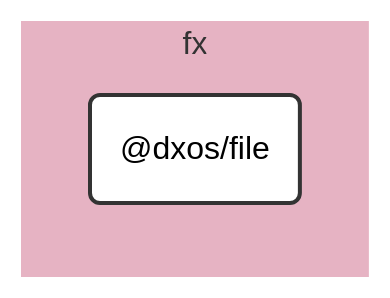
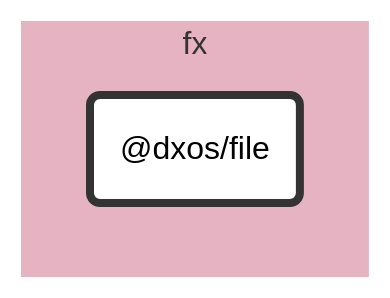
Before and after one commit to dxos/dxos: the diagram in packages/fx/file/docs/README.md, drawn with Mermaid (forest theme). The commit also changed 683 other files, not shown here.

````diff
--- a/packages/fx/file/docs/README.md
+++ b/packages/fx/file/docs/README.md
@@ -7,25 +7,20 @@
 ```mermaid
 %%{ init: {'flowchart':{'curve':'basis'}} }%%
 
 flowchart LR
 
-%% Links
+%% Classes
+classDef def fill:#fff,stroke:#333,stroke-width:1px
+classDef root fill:#fff,stroke:#333,stroke-width:4px
 
-%% Sections
-subgraph fx
-  style fx fill:#e6b3c3,stroke:#fff;
+%% Nodes
 
-  dxos/file("@dxos/file")
+subgraph fx [fx]
+  style fx fill:#e6b3c3,stroke:#fff
+  dxos/file("@dxos/file"):::root
+  click dxos/file "dxos/dxos/tree/main/packages/fx/file/docs"
 end
 
-
-%% Hyperlinks
-
-%% Styles
-classDef rootNode fill:#fff,stroke:#333,stroke-width:2px
-classDef defaultNode fill:#fff,stroke:#333,stroke-width:1px
+%% Links
 linkStyle default stroke:#333,stroke-width:1px
-
-dxos/file:::rootNode
-
 ```
````
